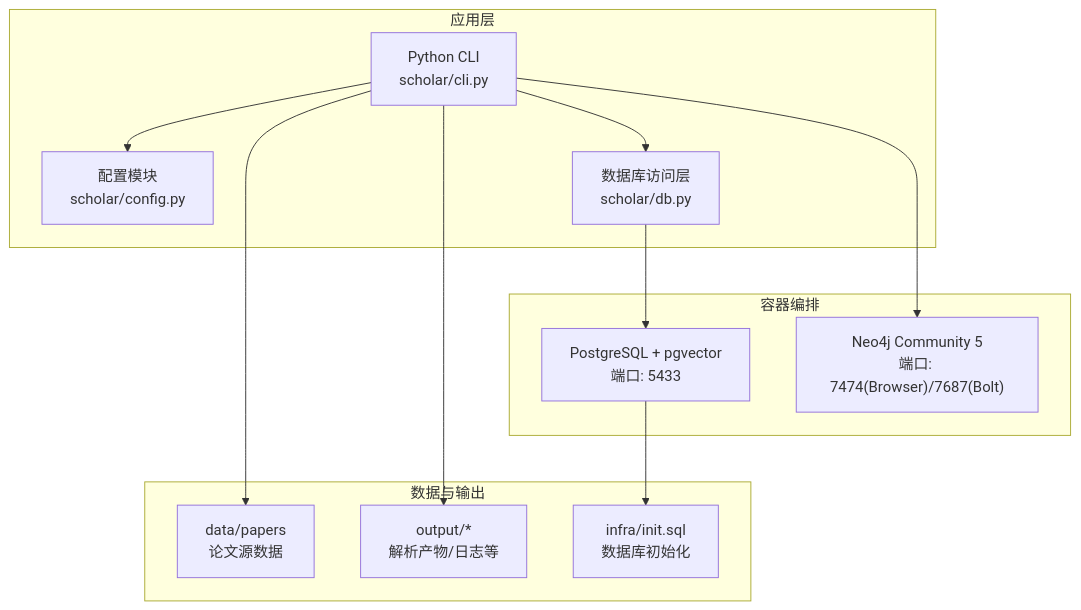
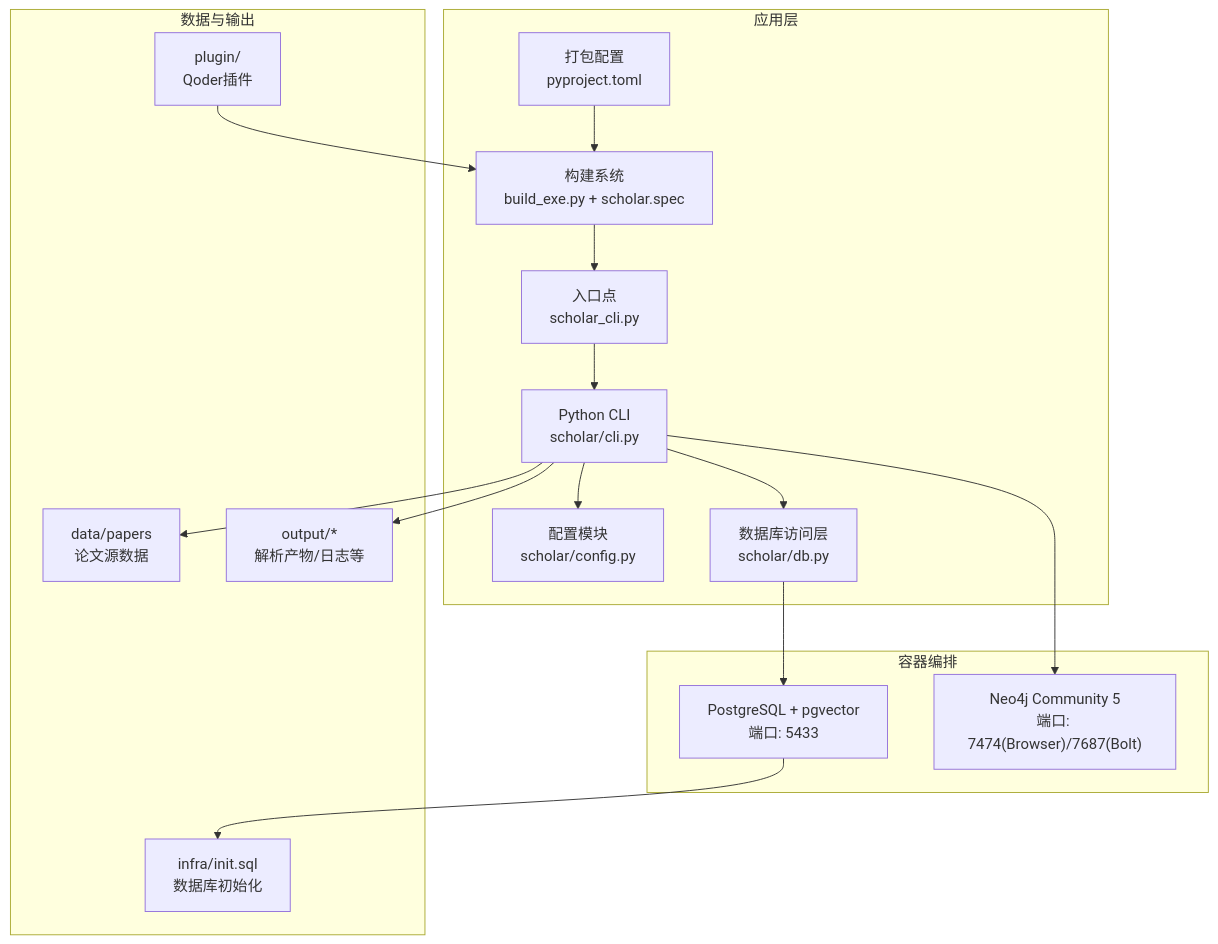
One commit to 1173591564/academic-based-qoder changed the first of 9 diagrams in .qoder/repowiki/zh/content/部署与运维/部署与运维.md. Above: the diagram before and after it, drawn with Mermaid. The commit also changed other lines of this file and 68 other files, not shown here.

````diff
--- a/.qoder/repowiki/zh/content/部署与运维/部署与运维.md
+++ b/.qoder/repowiki/zh/content/部署与运维/部署与运维.md
@@ -48,24 +67,32 @@
 ```mermaid
 graph TB
 subgraph "容器编排"
 PG["PostgreSQL + pgvector<br/>端口: 5433"]
 N4J["Neo4j Community 5<br/>端口: 7474(Browser)/7687(Bolt)"]
 end
 subgraph "应用层"
 CLI["Python CLI<br/>scholar/cli.py"]
 CFG["配置模块<br/>scholar/config.py"]
 DB["数据库访问层<br/>scholar/db.py"]
+ENDPOINT["入口点<br/>scholar_cli.py"]
+BUILD["构建系统<br/>build_exe.py + scholar.spec"]
+SETUP["打包配置<br/>pyproject.toml"]
 end
 subgraph "数据与输出"
 PAPERS["data/papers<br/>论文源数据"]
 OUTPUT["output/*<br/>解析产物/日志等"]
 INITSQL["infra/init.sql<br/>数据库初始化"]
+PLUGIN["plugin/<br/>Qoder插件"]
 end
 CLI --> CFG
 CLI --> DB
 DB --> PG
 CLI --> N4J
 PG --> INITSQL
 CLI --> PAPERS
 CLI --> OUTPUT
+ENDPOINT --> CLI
+BUILD --> ENDPOINT
+SETUP --> BUILD
+PLUGIN --> BUILD
 ```
````
